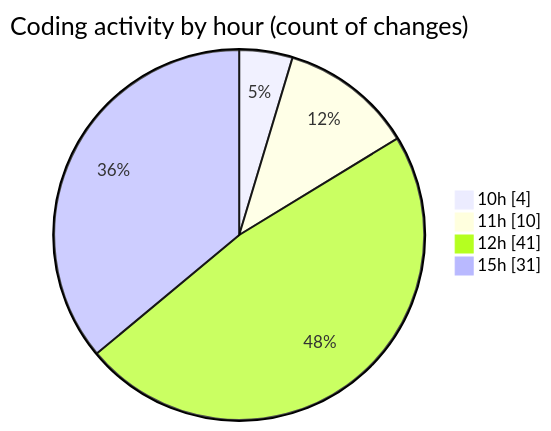
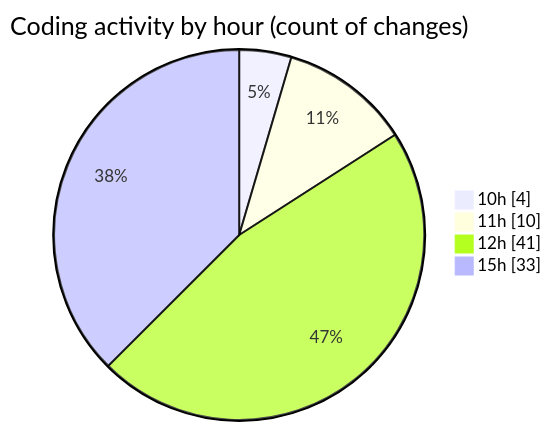
One commit to nxtqubesakshisongat/code-tracking changed the second of 2 diagrams in 2026-03-05/nxtqube_webapp/README.md. Above: the diagram before and after it, drawn with Mermaid. The commit also changed other lines of this file and 1 other file, not shown here.

````diff
--- a/2026-03-05/nxtqube_webapp/README.md
+++ b/2026-03-05/nxtqube_webapp/README.md
@@ -31,8 +31,8 @@
 ```mermaid
 pie showData
 title Coding activity by hour (count of changes)
 "10h" : 4
 "11h" : 10
 "12h" : 41
-"15h" : 31
+"15h" : 33
 ```
````
